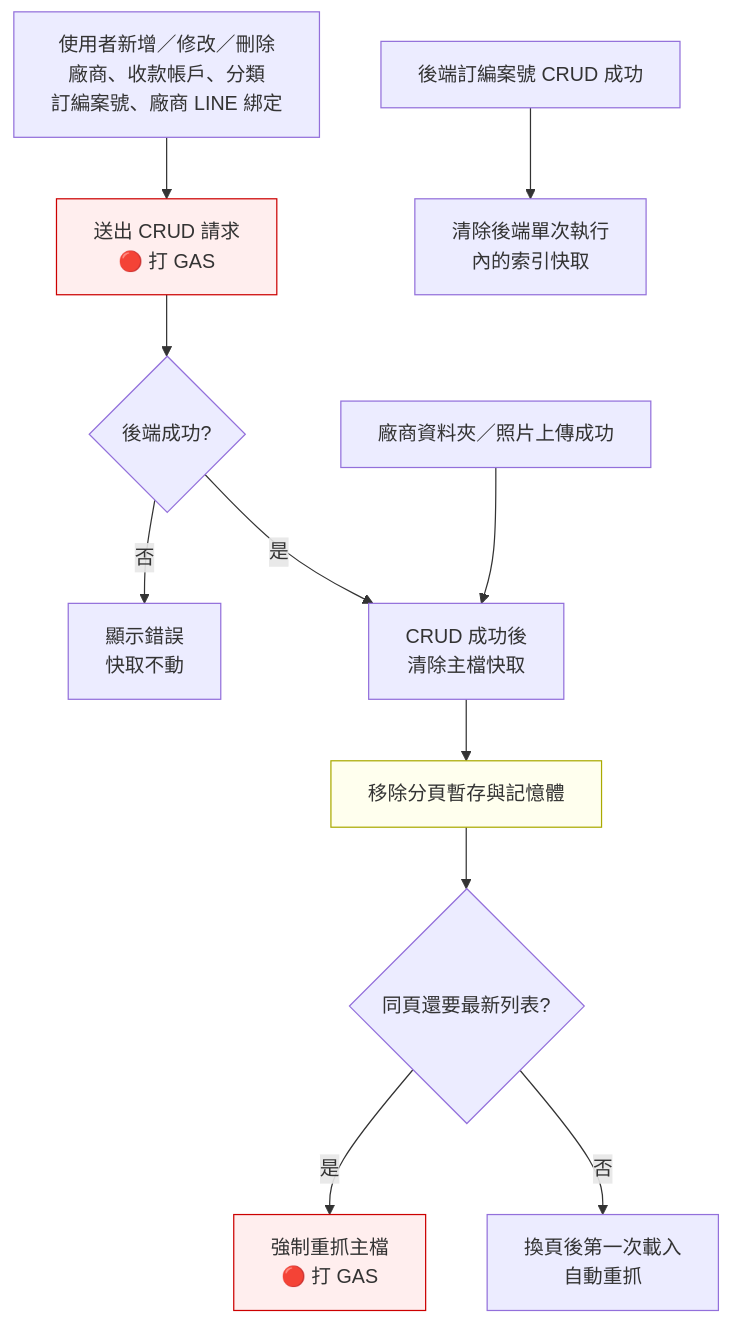
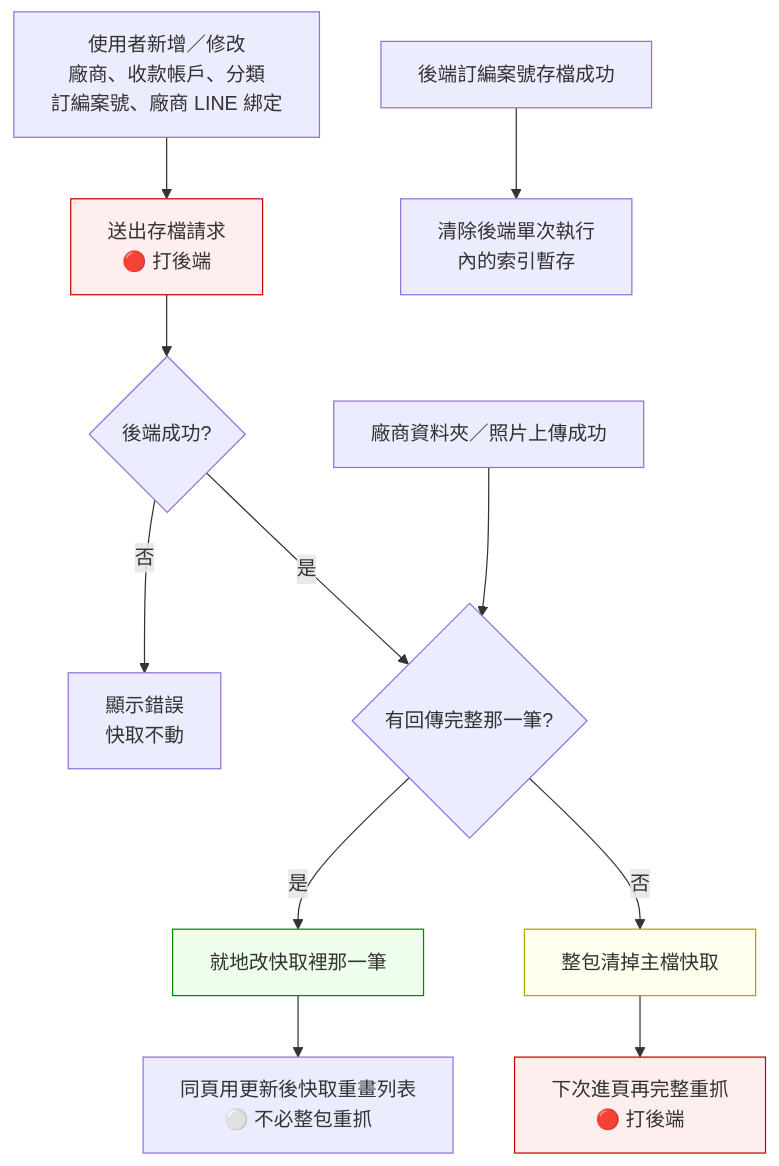
The sixth of 7 diagrams in SPEC/20_會計快取與身分傳承流程圖.md (nephi4377/liff-checkin), drawn with Mermaid before and after one commit. The commit also changed other lines of this file and 8 other files, not shown here.

````diff
--- a/SPEC/20_會計快取與身分傳承流程圖.md
+++ b/SPEC/20_會計快取與身分傳承流程圖.md
@@ -205,20 +205,20 @@
 ```mermaid
 flowchart TD
-    USER["使用者新增／修改／刪除<br/>廠商、收款帳戶、分類<br/>訂編案號、廠商 LINE 綁定"] --> API["送出 CRUD 請求<br/>🔴 打 GAS"]
+    USER["使用者新增／修改<br/>廠商、收款帳戶、分類<br/>訂編案號、廠商 LINE 綁定"] --> API["送出存檔請求<br/>🔴 打後端"]
     API --> GASOK{後端成功?}
     GASOK -->|否| FAIL["顯示錯誤<br/>快取不動"]
-    GASOK -->|是| INV["CRUD 成功後<br/>清除主檔快取"]
-    INV --> CLEAR["移除分頁暫存與記憶體"]
+    GASOK -->|是| HASROW{有回傳完整那一筆?}
+    HASROW -->|是| PATCH["就地改快取裡那一筆"]
+    HASROW -->|否| CLEAR["整包清掉主檔快取"]
+    PATCH --> SAME["同頁用更新後快取重畫列表<br/>⚪ 不必整包重抓"]
+    CLEAR --> NEXT["下次進頁再完整重抓<br/>🔴 打後端"]
 
-    CLEAR --> SAME{同頁還要最新列表?}
-    SAME -->|是| RELOAD["強制重抓主檔<br/>🔴 打 GAS"]
-    SAME -->|否| NEXT["換頁後第一次載入<br/>自動重抓"]
+    API2["廠商資料夾／照片上傳成功"] --> HASROW
 
-    API2["廠商資料夾／照片上傳成功"] --> INV
-
-    GASCRUD["後端訂編案號 CRUD 成功"] --> MEMCLR["清除後端單次執行<br/>內的索引快取"]
+    GASCRUD["後端訂編案號存檔成功"] --> MEMCLR["清除後端單次執行<br/>內的索引暫存"]
 
     style API fill:#fee,stroke:#c00
-    style RELOAD fill:#fee,stroke:#c00
+    style NEXT fill:#fee,stroke:#c00
     style CLEAR fill:#ffe,stroke:#aa0
+    style PATCH fill:#efe,stroke:#080
 ```
````
